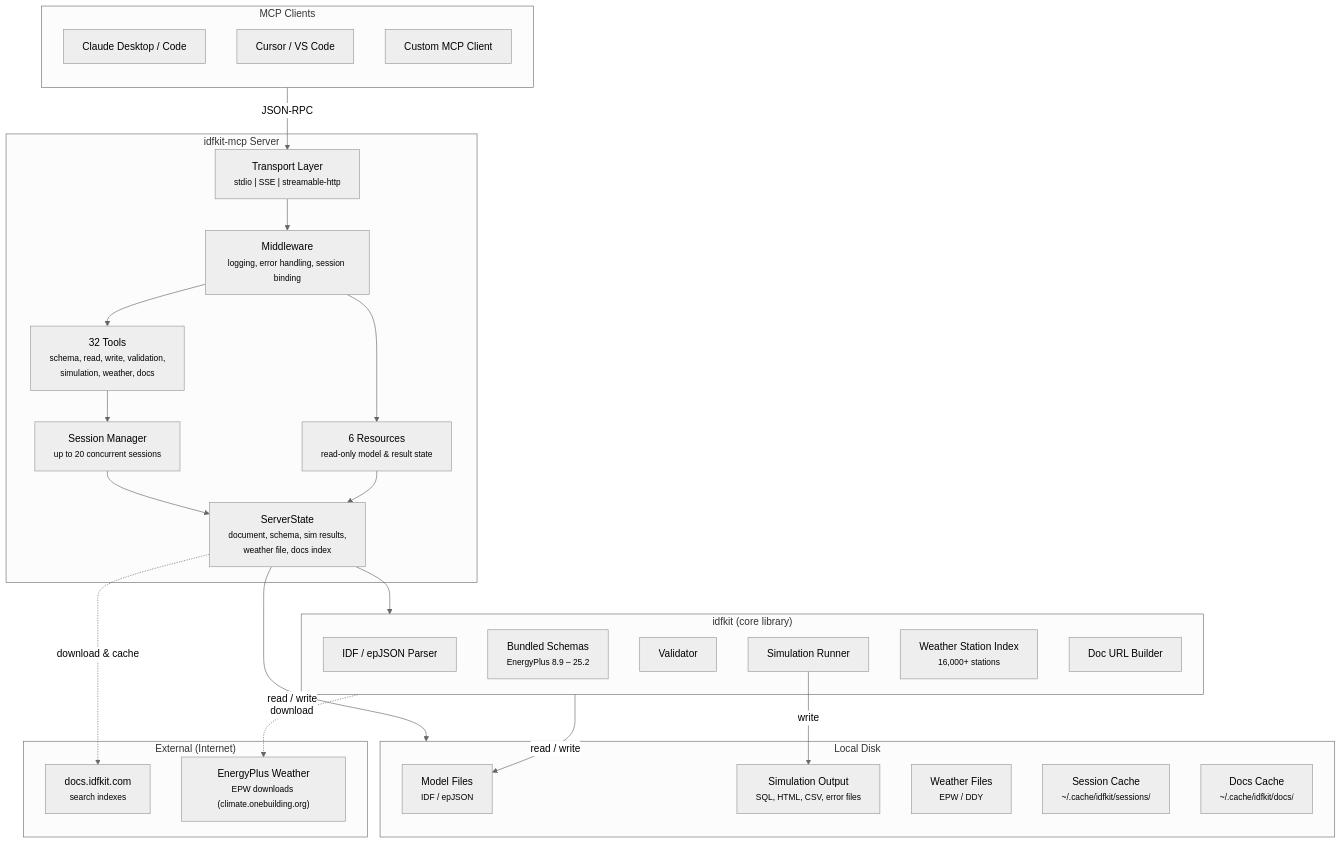
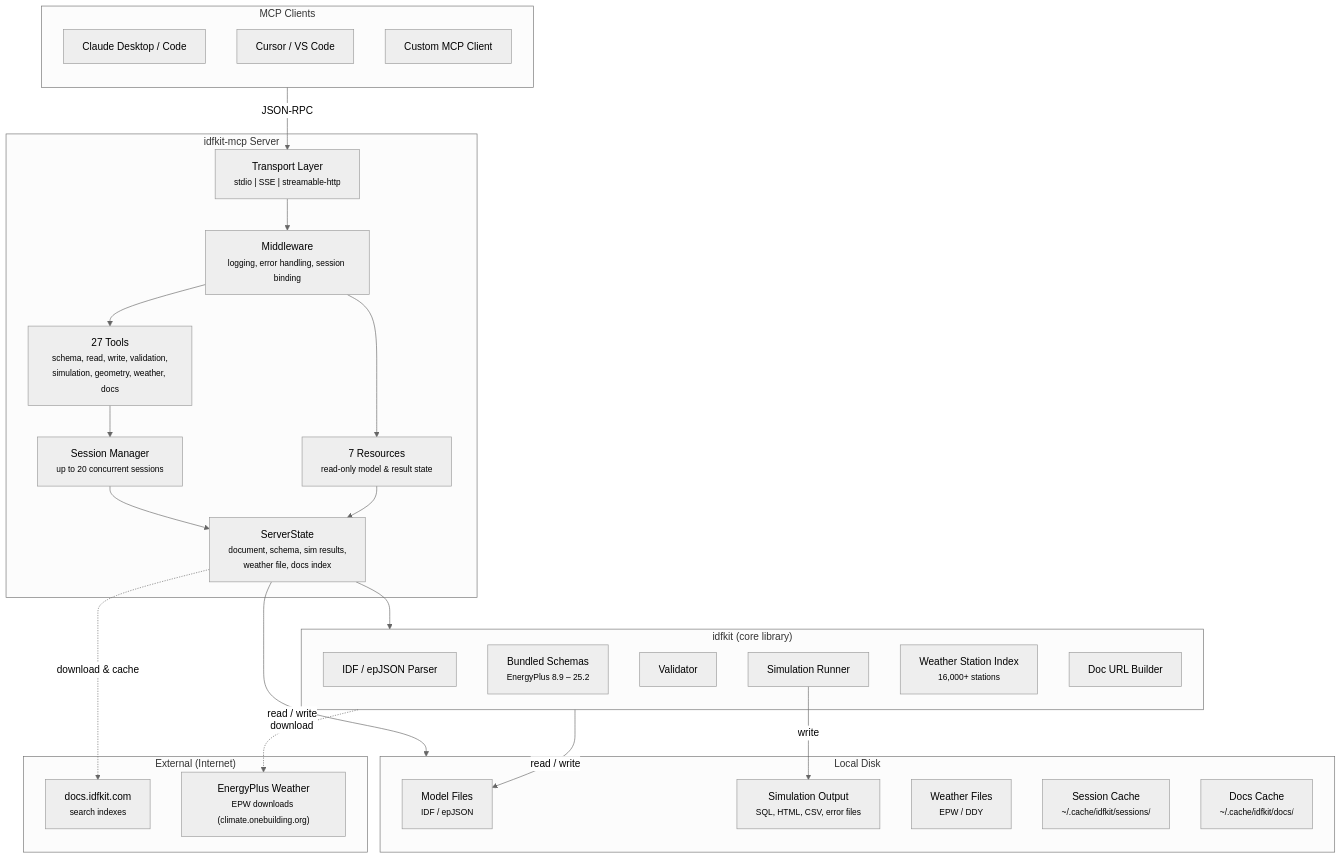
The first of 5 diagrams in docs/concepts/architecture.md (idfkit/idfkit-mcp), drawn with Mermaid before and after one commit. The commit also changed other lines of this file and 10 other files, not shown here.

````diff
--- a/docs/concepts/architecture.md
+++ b/docs/concepts/architecture.md
@@ -7,56 +7,56 @@
 ```mermaid
 ---
 config:
   theme: 'neutral'
 ---
 graph TB
     subgraph Clients["MCP Clients"]
         direction TB
         Claude["Claude Desktop / Code"]
         Cursor["Cursor / VS Code"]
         Custom["Custom MCP Client"]
     end
 
     subgraph Server["idfkit-mcp Server"]
         Transport["Transport Layer<br/><small>stdio | SSE | streamable-http</small>"]
         Middleware["Middleware<br/><small>logging, error handling, session binding</small>"]
-        Tools["32 Tools<br/><small>schema, read, write, validation,<br/>simulation, weather, docs</small>"]
-        Resources["6 Resources<br/><small>read-only model & result state</small>"]
+        Tools["27 Tools<br/><small>schema, read, write, validation,<br/>simulation, geometry, weather, docs</small>"]
+        Resources["7 Resources<br/><small>read-only model & result state</small>"]
         Session["Session Manager<br/><small>up to 20 concurrent sessions</small>"]
         State["ServerState<br/><small>document, schema, sim results,<br/>weather file, docs index</small>"]
     end
 
     subgraph Core["idfkit (core library)"]
         Parser["IDF / epJSON Parser"]
         Schema["Bundled Schemas<br/><small>EnergyPlus 8.9 &ndash; 25.2</small>"]
         Validator["Validator"]
         SimRunner["Simulation Runner"]
         WeatherIdx["Weather Station Index<br/><small>16,000+ stations</small>"]
         Docs["Doc URL Builder"]
     end
 
     subgraph Local["Local Disk"]
         ModelFiles["Model Files<br/><small>IDF / epJSON</small>"]
         SimOutput["Simulation Output<br/><small>SQL, HTML, CSV, error files</small>"]
         WeatherFiles["Weather Files<br/><small>EPW / DDY</small>"]
         SessionCache["Session Cache<br/><small>~/.cache/idfkit/sessions/</small>"]
         DocsCache["Docs Cache<br/><small>~/.cache/idfkit/docs/</small>"]
     end
 
     subgraph External["External (Internet)"]
         DocsSite["docs.idfkit.com<br/><small>search indexes</small>"]
         WeatherDL["EnergyPlus Weather<br/><small>EPW downloads (climate.onebuilding.org)</small>"]
     end
 
     Clients -->|"JSON-RPC"| Transport
     Transport --> Middleware --> Tools & Resources
     Tools --> Session --> State
     Resources --> State
 
     State --> Core
     State -->|"read / write"| Local
     State -.->|"download & cache"| DocsSite
     Core -.->|"download"| WeatherDL
     Core -->|"read / write"| ModelFiles
     SimRunner -->|"write"| SimOutput
 ```
````
